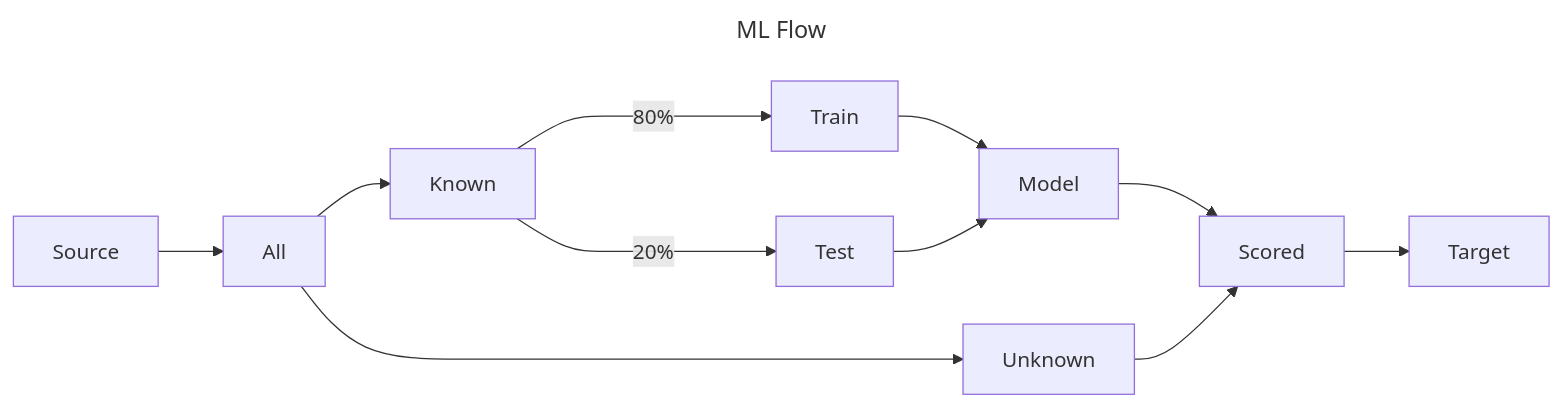
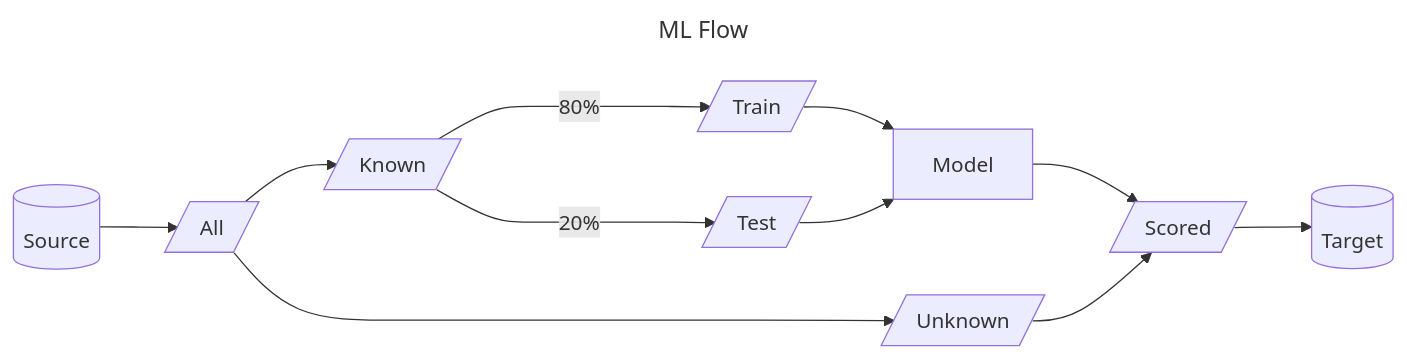
One commit to P-M-KK/primer-sql changed the diagram in ml.md. Above: the diagram before and after it, drawn with Mermaid.

````diff
--- a/ml.md
+++ b/ml.md
@@ -1,26 +1,26 @@
 ```mermaid
 ---
 title: ML Flow
 ---
 flowchart LR
-  SO[Source]
-  A[All]
-  K[Known]
-  UK[Unknown]
-  TR[Train]
-  TE[Test]
+  SO[(Source)]
+  A[/All/]
+  K[/Known/]
+  UK[/Unknown/]
+  TR[/Train/]
+  TE[/Test/]
   M[Model]
-  SC[Scored]
-  TA[Target]
+  SC[/Scored/]
+  TA[(Target)]
 
   SO --> A
   A  --> K
   A  --> UK
   K  ----> |80%| TR
   K  ----> |20%| TE
   TR --> M
   TE --> M
   M  --> SC
   UK --> SC
   SC --> TA
 ```
````
